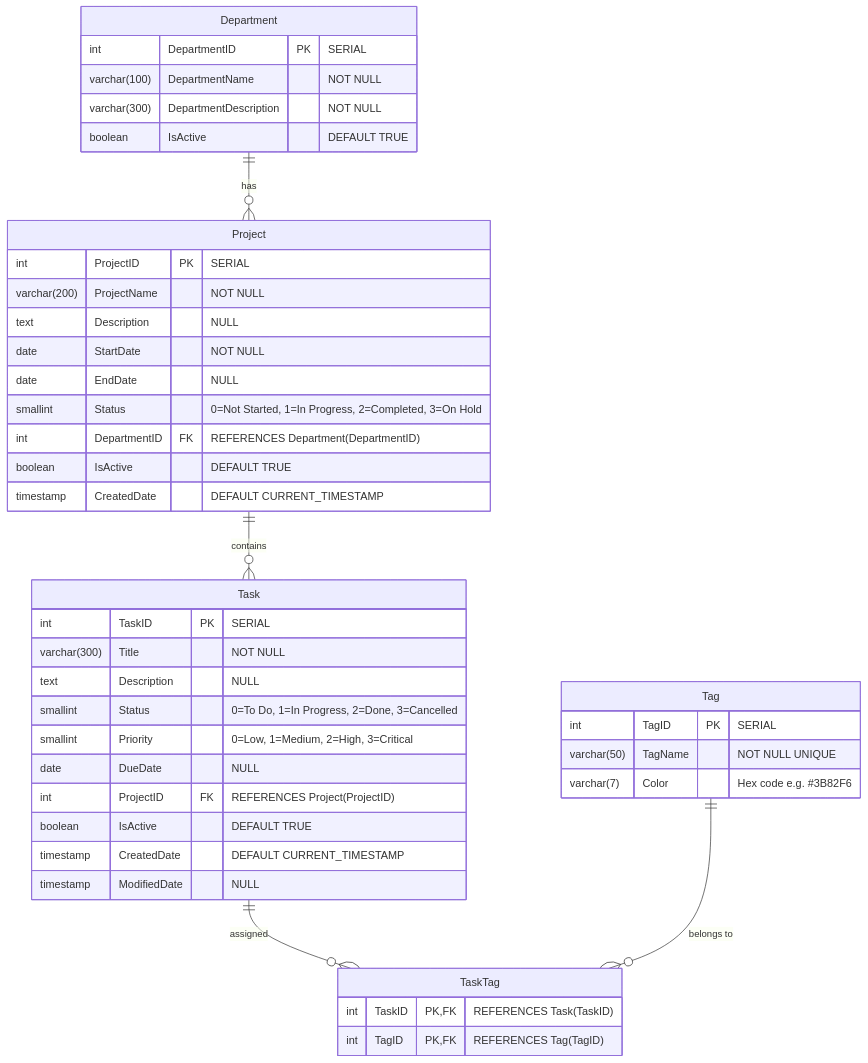
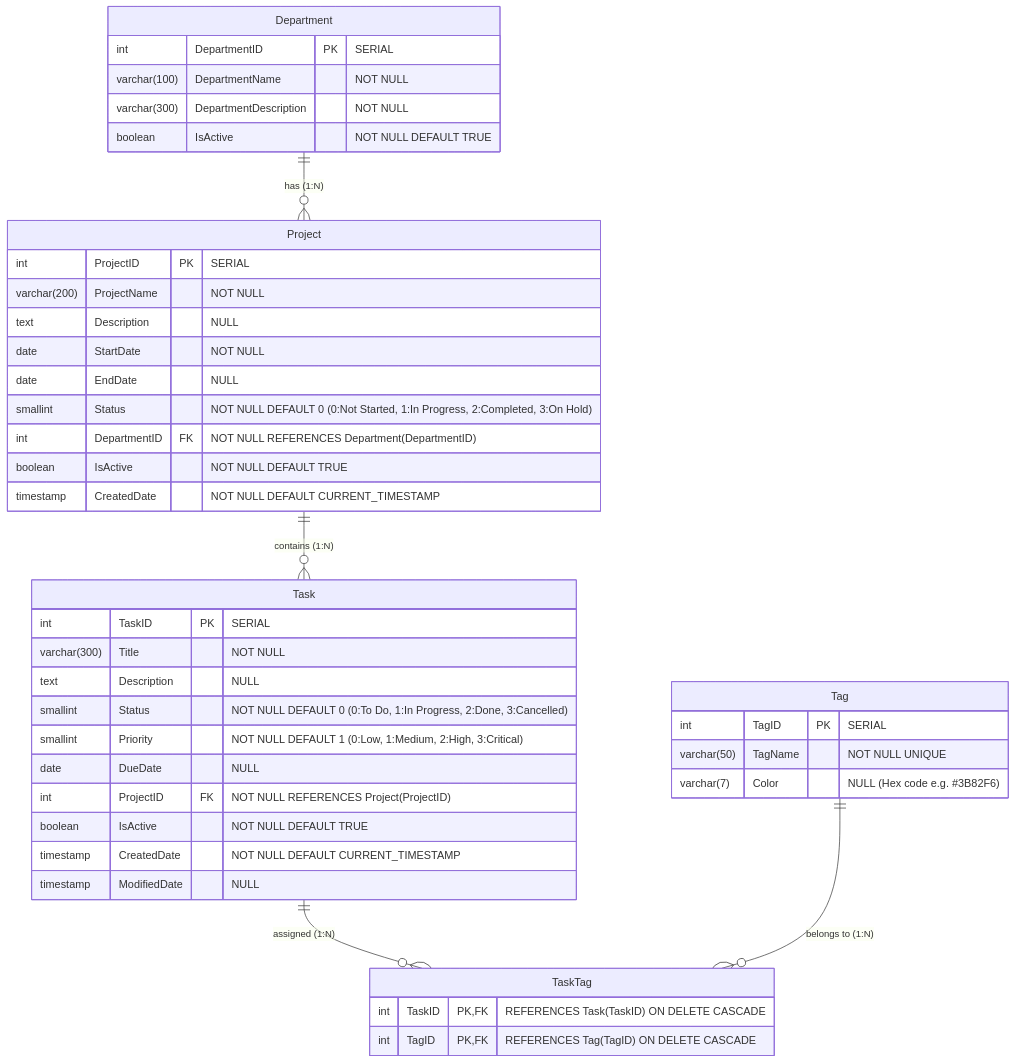
The diagram in README.md (TomOutfit/Assignment-1_PRN232_Fa26), drawn with Mermaid before and after one commit. The commit also changed other lines of this file, not shown here.

Commit message:
docs: update README.md with comprehensive specification and precise ERD

````diff
--- a/README.md
+++ b/README.md
@@ -22,50 +43,50 @@
 ```mermaid
 erDiagram
-    Department ||--o{ Project : "has"
-    Project ||--o{ Task : "contains"
-    Task ||--o{ TaskTag : "assigned"
-    Tag ||--o{ TaskTag : "belongs to"
+    Department ||--o{ Project : "has (1:N)"
+    Project ||--o{ Task : "contains (1:N)"
+    Task ||--o{ TaskTag : "assigned (1:N)"
+    Tag ||--o{ TaskTag : "belongs to (1:N)"
 
     Department {
         int DepartmentID PK "SERIAL"
         varchar(100) DepartmentName "NOT NULL"
         varchar(300) DepartmentDescription "NOT NULL"
-        boolean IsActive "DEFAULT TRUE"
+        boolean IsActive "NOT NULL DEFAULT TRUE"
     }
 
     Project {
         int ProjectID PK "SERIAL"
         varchar(200) ProjectName "NOT NULL"
         text Description "NULL"
         date StartDate "NOT NULL"
         date EndDate "NULL"
-        smallint Status "0=Not Started, 1=In Progress, 2=Completed, 3=On Hold"
-        int DepartmentID FK "REFERENCES Department(DepartmentID)"
-        boolean IsActive "DEFAULT TRUE"
-        timestamp CreatedDate "DEFAULT CURRENT_TIMESTAMP"
+        smallint Status "NOT NULL DEFAULT 0 (0:Not Started, 1:In Progress, 2:Completed, 3:On Hold)"
+        int DepartmentID FK "NOT NULL REFERENCES Department(DepartmentID)"
+        boolean IsActive "NOT NULL DEFAULT TRUE"
+        timestamp CreatedDate "NOT NULL DEFAULT CURRENT_TIMESTAMP"
     }
 
     Task {
         int TaskID PK "SERIAL"
         varchar(300) Title "NOT NULL"
         text Description "NULL"
-        smallint Status "0=To Do, 1=In Progress, 2=Done, 3=Cancelled"
-        smallint Priority "0=Low, 1=Medium, 2=High, 3=Critical"
+        smallint Status "NOT NULL DEFAULT 0 (0:To Do, 1:In Progress, 2:Done, 3:Cancelled)"
+        smallint Priority "NOT NULL DEFAULT 1 (0:Low, 1:Medium, 2:High, 3:Critical)"
         date DueDate "NULL"
-        int ProjectID FK "REFERENCES Project(ProjectID)"
-        boolean IsActive "DEFAULT TRUE"
-        timestamp CreatedDate "DEFAULT CURRENT_TIMESTAMP"
+        int ProjectID FK "NOT NULL REFERENCES Project(ProjectID)"
+        boolean IsActive "NOT NULL DEFAULT TRUE"
+        timestamp CreatedDate "NOT NULL DEFAULT CURRENT_TIMESTAMP"
         timestamp ModifiedDate "NULL"
     }
 
     Tag {
         int TagID PK "SERIAL"
         varchar(50) TagName "NOT NULL UNIQUE"
-        varchar(7) Color "Hex code e.g. #3B82F6"
+        varchar(7) Color "NULL (Hex code e.g. #3B82F6)"
     }
 
     TaskTag {
-        int TaskID PK,FK "REFERENCES Task(TaskID)"
-        int TagID PK,FK "REFERENCES Tag(TagID)"
+        int TaskID PK,FK "REFERENCES Task(TaskID) ON DELETE CASCADE"
+        int TagID PK,FK "REFERENCES Tag(TagID) ON DELETE CASCADE"
     }
 ```
````
